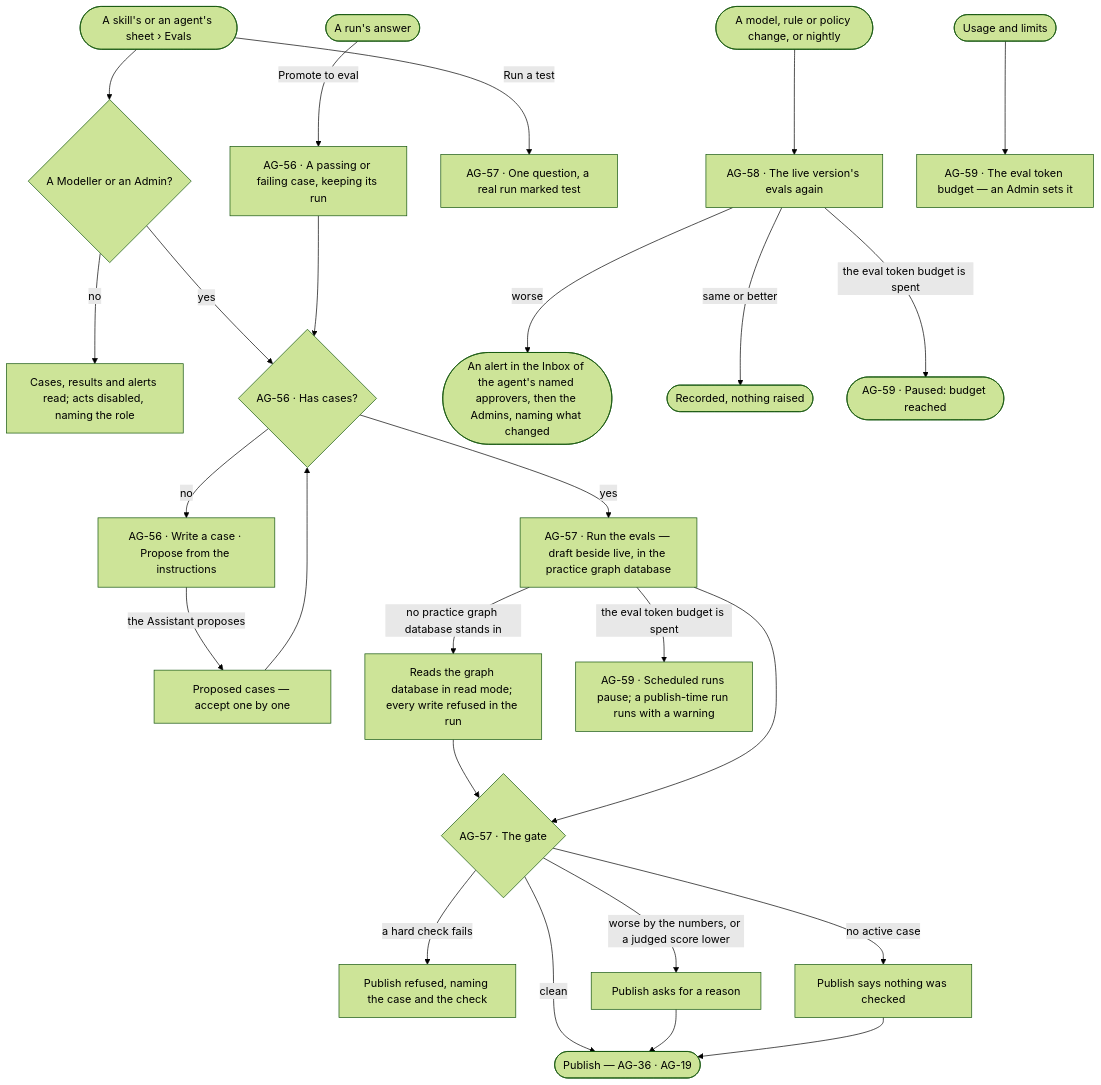
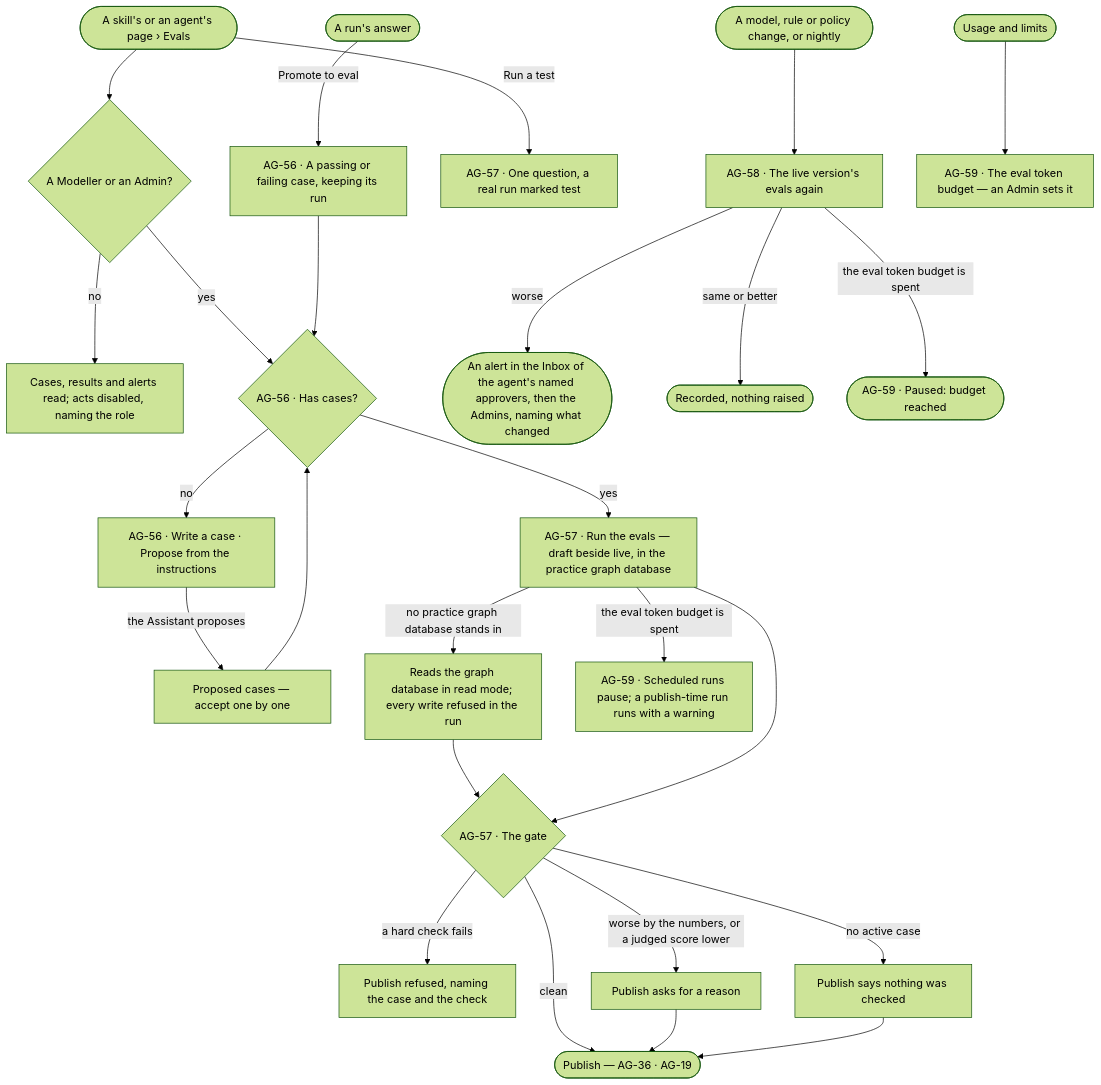
Before and after one commit to invana/invana: the first of 2 diagrams in specs/capabilities/agents/features/AG-F10-test-an-agent-and-a-skill/feature.md, drawn with Mermaid (forest theme). The commit also changed other lines of this file and 133 other files, not shown here.

````diff
--- a/specs/capabilities/agents/features/AG-F10-test-an-agent-and-a-skill/feature.md
+++ b/specs/capabilities/agents/features/AG-F10-test-an-agent-and-a-skill/feature.md
@@ -26,28 +26,28 @@
 ```mermaid
 flowchart TD
-  start([A skill's or an agent's sheet › Evals]) --> may{"A Modeller or an Admin?"}
+  start([A skill's or an agent's page › Evals]) --> may{"A Modeller or an Admin?"}
   may -->|no| ro["Cases, results and alerts read; acts disabled, naming the role"]
   may -->|yes| set{"AG-56 · Has cases?"}
   set -->|no| pr["AG-56 · Write a case · Propose from the instructions"]
   pr -->|the Assistant proposes| pc["Proposed cases — accept one by one"]
   pc --> set
   run([A run's answer]) -->|Promote to eval| c["AG-56 · A passing or failing case, keeping its run"]
   c --> set
   set -->|yes| ev["AG-57 · Run the evals — draft beside live, in the practice graph database"]
   start -->|Run a test| t["AG-57 · One question, a real run marked test"]
   ev -->|no practice graph database stands in| rm["Reads the graph database in read mode; every write refused in the run"]
   rm --> gate
   ev --> gate{"AG-57 · The gate"}
   gate -->|a hard check fails| b["Publish refused, naming the case and the check"]
   gate -->|worse by the numbers, or a judged score lower| w["Publish asks for a reason"]
   gate -->|clean| p(["Publish — AG-36 · AG-19"])
   gate -->|no active case| nc["Publish says nothing was checked"]
   w --> p
   nc --> p
   d([A model, rule or policy change, or nightly]) --> dr["AG-58 · The live version's evals again"]
   dr -->|worse| al(["An alert in the Inbox of the agent's named approvers, then the Admins, naming what changed"])
   dr -->|same or better| ok(["Recorded, nothing raised"])
   ev -->|the eval token budget is spent| bz["AG-59 · Scheduled runs pause; a publish-time run runs with a warning"]
   dr -->|the eval token budget is spent| pz(["AG-59 · Paused: budget reached"])
   adm([Usage and limits]) --> bud["AG-59 · The eval token budget — an Admin sets it"]
 ```
````
